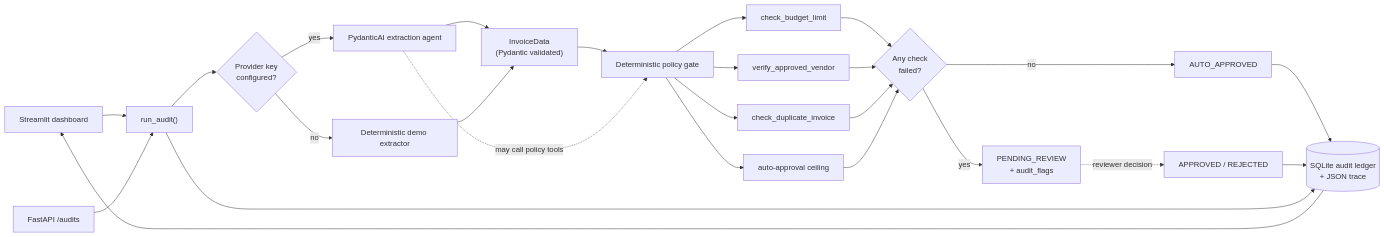
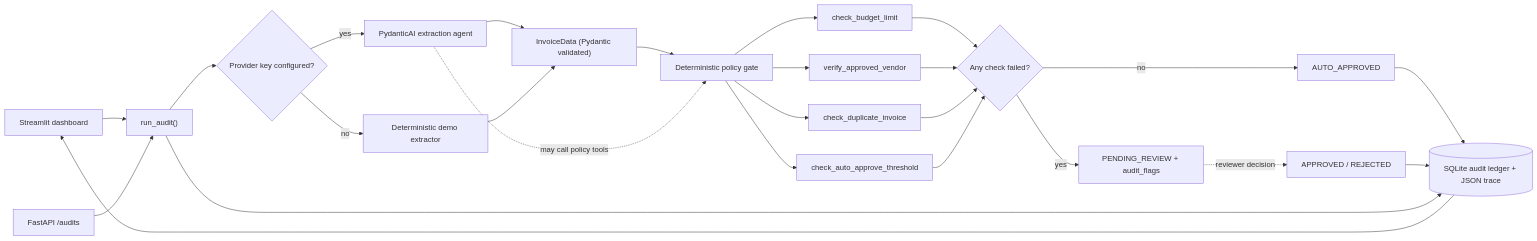
The first of 2 diagrams in README.md (dkhedekar79/AuditFlow---agentic-ai-stuff), drawn with Mermaid before and after one commit. The commit also changed other lines of this file, not shown here.

````diff
--- a/README.md
+++ b/README.md
@@ -93,32 +94,32 @@
 ```mermaid
 flowchart LR
     UI["Streamlit dashboard"] --> RUN["run_audit()"]
     API["FastAPI /audits"] --> RUN
 
-    RUN --> MODE{"Provider key<br/>configured?"}
+    RUN --> MODE{"Provider key configured?"}
     MODE -- yes --> AGENT["PydanticAI extraction agent"]
     MODE -- no --> DEMO["Deterministic demo extractor"]
-    AGENT --> INVOICE["InvoiceData<br/>(Pydantic validated)"]
+    AGENT --> INVOICE["InvoiceData (Pydantic validated)"]
     DEMO --> INVOICE
 
     INVOICE --> GATE["Deterministic policy gate"]
     GATE --> BUDGET["check_budget_limit"]
     GATE --> VENDOR["verify_approved_vendor"]
     GATE --> DUPLICATE["check_duplicate_invoice"]
-    GATE --> CEILING["auto-approval ceiling"]
+    GATE --> CEILING["check_auto_approve_threshold"]
 
-    BUDGET --> ROUTE{"Any check<br/>failed?"}
+    BUDGET --> ROUTE{"Any check failed?"}
     VENDOR --> ROUTE
     DUPLICATE --> ROUTE
     CEILING --> ROUTE
 
     ROUTE -- no --> AUTO["AUTO_APPROVED"]
-    ROUTE -- yes --> PENDING["PENDING_REVIEW<br/>+ audit_flags"]
+    ROUTE -- yes --> PENDING["PENDING_REVIEW + audit_flags"]
     PENDING -. reviewer decision .-> HUMAN["APPROVED / REJECTED"]
 
-    AUTO --> LEDGER[("SQLite audit ledger<br/>+ JSON trace")]
+    AUTO --> LEDGER[("SQLite audit ledger + JSON trace")]
     HUMAN --> LEDGER
     RUN --> LEDGER
     LEDGER --> UI
     AGENT -. may call policy tools .-> GATE
 ```
````
